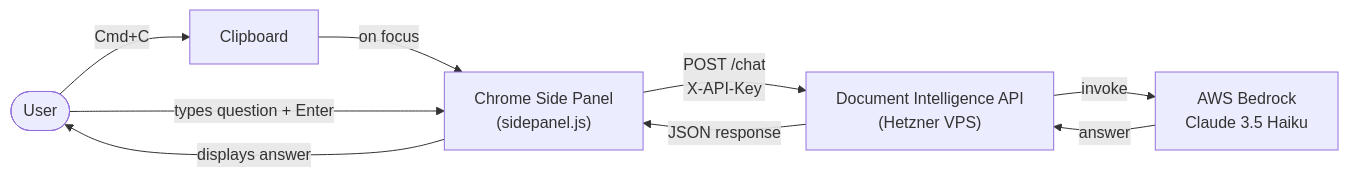
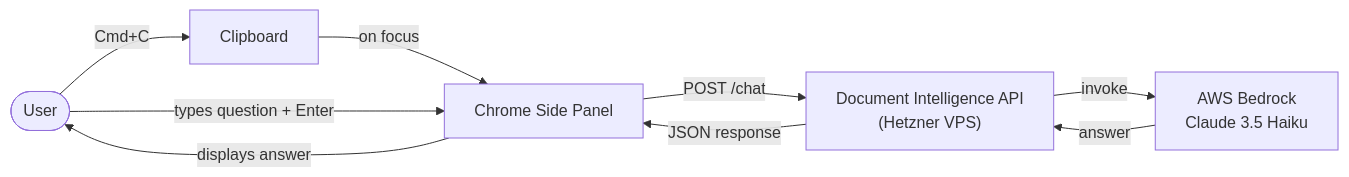
The diagram in README.md (simonfallman/AIChromeExtension), drawn with Mermaid before and after one commit.

Commit message:
fix mermaid diagram node labels

````diff
--- a/README.md
+++ b/README.md
@@ -9,11 +9,11 @@
 ```mermaid
 flowchart LR
     User([User]) -->|Cmd+C| Clipboard[Clipboard]
-    Clipboard -->|on focus| Panel["Chrome Side Panel\n(sidepanel.js)"]
+    Clipboard -->|on focus| Panel["Chrome Side Panel"]
     User -->|types question + Enter| Panel
-    Panel -->|POST /chat\nX-API-Key| API["Document Intelligence API\n(Hetzner VPS)"]
+    Panel -->|POST /chat| API["Document Intelligence API<br/>(Hetzner VPS)"]
     API -->|invoke| Bedrock["AWS Bedrock\nClaude 3.5 Haiku"]
     Bedrock -->|answer| API
     API -->|JSON response| Panel
     Panel -->|displays answer| User
 ```
````
